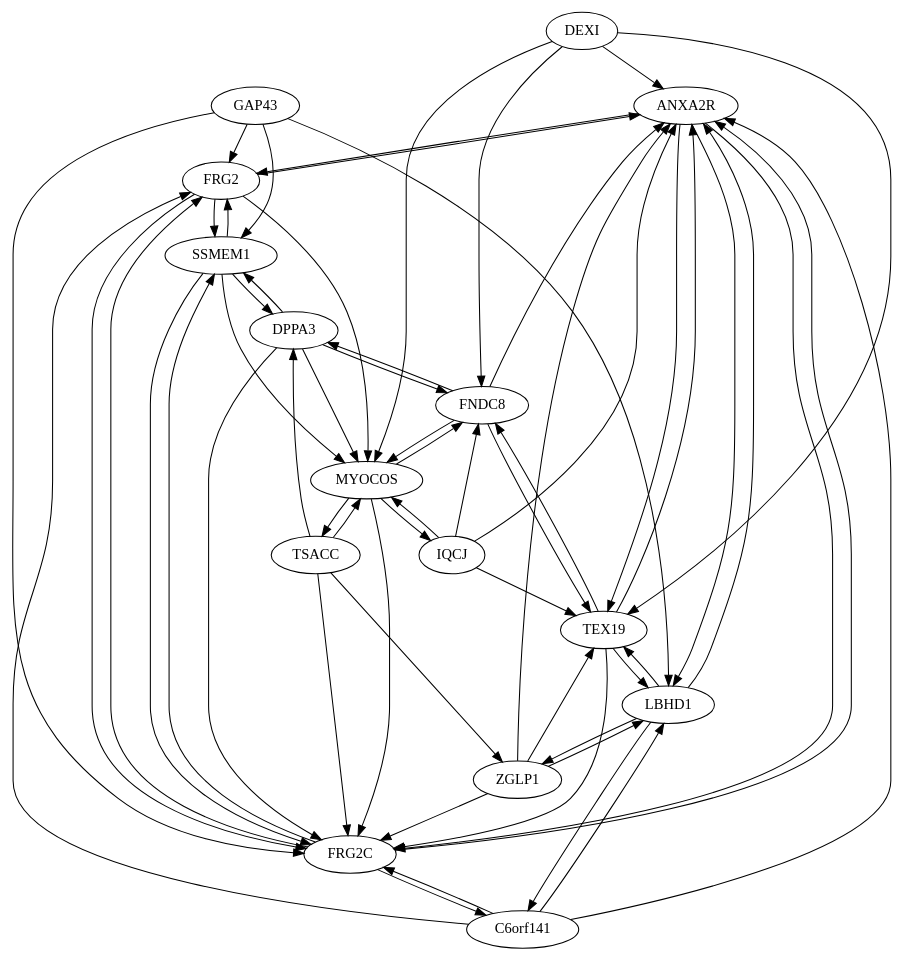
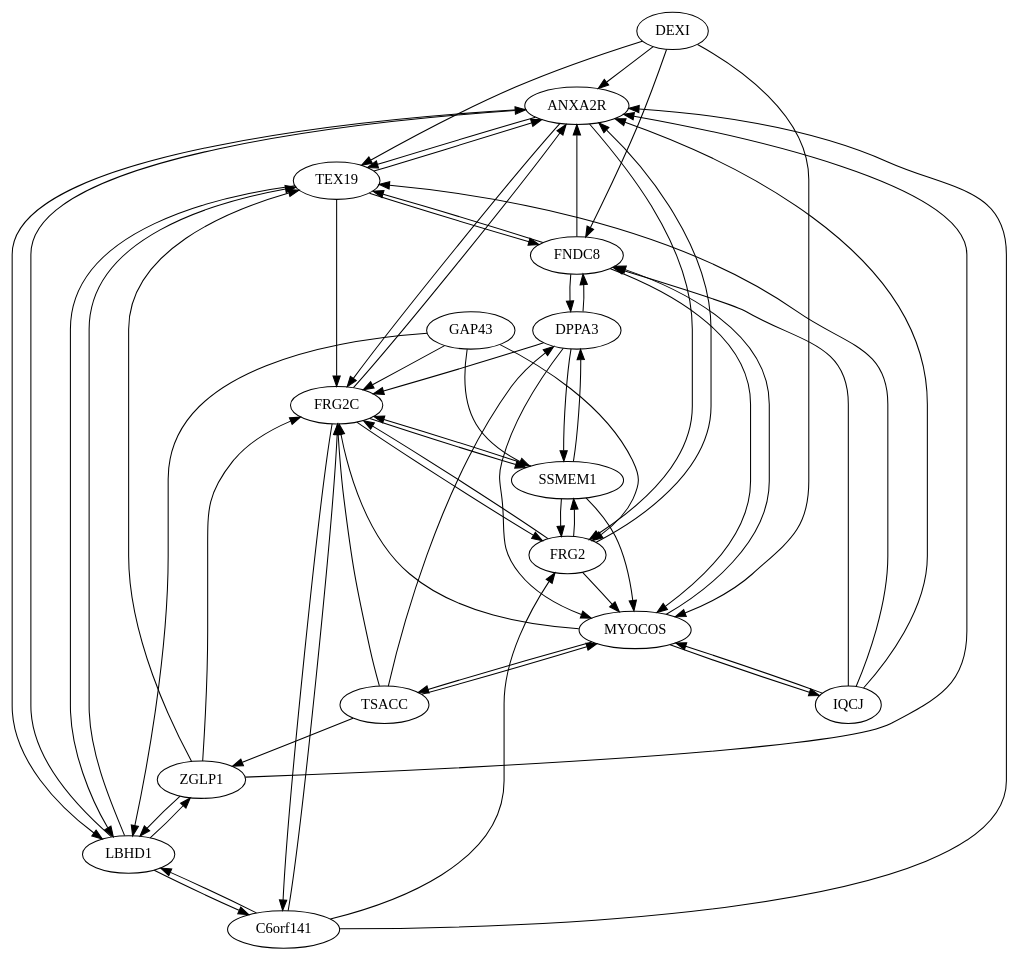
Before and after one commit to leonfrench/map-of-proteins-data: the diagram in v6/graphs/333.graph.dot, drawn with Graphviz. The commit also changed 457 other files, not shown here.

```diff
--- a/v6/graphs/333.graph.dot
+++ b/v6/graphs/333.graph.dot
@@ -1,77 +1,77 @@
 digraph G {
-"ANXA2R" ["l"="13.517591,16.608795"]
-"C6orf141" ["l"="13.585279,17.086372"]
-"DEXI" ["l"="13.363015,17.940077"]
-"DPPA3" ["l"="13.599539,17.181648"]
-"FNDC8" ["l"="13.321609,16.216616"]
-"FRG2" ["l"="13.442015,16.804522"]
-"FRG2C" ["l"="13.118287,16.434807"]
-"GAP43" ["l"="13.333217,16.717863"]
-"IQCJ" ["l"="13.362025,16.640867"]
-"LBHD1" ["l"="13.355246,17.100718"]
-"MYOCOS" ["l"="14.317010,17.510006"]
-"SSMEM1" ["l"="13.208710,17.823507"]
-"TEX19" ["l"="13.443083,15.903210"]
-"TSACC" ["l"="13.430565,17.486998"]
-"ZGLP1" ["l"="13.689037,16.823856"]
-"ANXA2R" -> "TEX19"
-"ANXA2R" -> "FRG2"
-"ANXA2R" -> "FRG2C"
-"ANXA2R" -> "LBHD1"
-"C6orf141" -> "ANXA2R"
-"C6orf141" -> "LBHD1"
-"C6orf141" -> "FRG2C"
-"C6orf141" -> "FRG2"
-"DEXI" -> "TEX19"
-"DEXI" -> "MYOCOS"
-"DEXI" -> "ANXA2R"
-"DEXI" -> "FNDC8"
-"DPPA3" -> "FNDC8"
-"DPPA3" -> "FRG2C"
-"DPPA3" -> "SSMEM1"
-"DPPA3" -> "MYOCOS"
-"FNDC8" -> "TEX19"
-"FNDC8" -> "DPPA3"
-"FNDC8" -> "MYOCOS"
-"FNDC8" -> "ANXA2R"
-"FRG2" -> "FRG2C"
-"FRG2" -> "ANXA2R"
-"FRG2" -> "SSMEM1"
-"FRG2" -> "MYOCOS"
-"FRG2C" -> "FRG2"
-"FRG2C" -> "ANXA2R"
-"FRG2C" -> "SSMEM1"
-"FRG2C" -> "C6orf141"
-"GAP43" -> "FRG2C"
-"GAP43" -> "FRG2"
-"GAP43" -> "SSMEM1"
-"GAP43" -> "LBHD1"
-"IQCJ" -> "MYOCOS"
-"IQCJ" -> "FNDC8"
-"IQCJ" -> "ANXA2R"
-"IQCJ" -> "TEX19"
-"LBHD1" -> "ANXA2R"
-"LBHD1" -> "TEX19"
-"LBHD1" -> "C6orf141"
-"LBHD1" -> "ZGLP1"
-"MYOCOS" -> "FRG2C"
-"MYOCOS" -> "IQCJ"
-"MYOCOS" -> "TSACC"
-"MYOCOS" -> "FNDC8"
-"SSMEM1" -> "FRG2C"
-"SSMEM1" -> "FRG2"
-"SSMEM1" -> "DPPA3"
-"SSMEM1" -> "MYOCOS"
-"TEX19" -> "ANXA2R"
-"TEX19" -> "FNDC8"
-"TEX19" -> "LBHD1"
-"TEX19" -> "FRG2C"
-"TSACC" -> "MYOCOS"
-"TSACC" -> "FRG2C"
-"TSACC" -> "ZGLP1"
-"TSACC" -> "DPPA3"
-"ZGLP1" -> "ANXA2R"
-"ZGLP1" -> "LBHD1"
-"ZGLP1" -> "TEX19"
-"ZGLP1" -> "FRG2C"
+"ANXA2R" -> "TEX19";
+"ANXA2R" -> "FRG2";
+"ANXA2R" -> "FRG2C";
+"ANXA2R" -> "LBHD1";
+"C6orf141" -> "ANXA2R";
+"C6orf141" -> "LBHD1";
+"C6orf141" -> "FRG2C";
+"C6orf141" -> "FRG2";
+"DEXI" -> "TEX19";
+"DEXI" -> "MYOCOS";
+"DEXI" -> "ANXA2R";
+"DEXI" -> "FNDC8";
+"DPPA3" -> "FNDC8";
+"DPPA3" -> "FRG2C";
+"DPPA3" -> "SSMEM1";
+"DPPA3" -> "MYOCOS";
+"FNDC8" -> "TEX19";
+"FNDC8" -> "DPPA3";
+"FNDC8" -> "MYOCOS";
+"FNDC8" -> "ANXA2R";
+"FRG2" -> "FRG2C";
+"FRG2" -> "ANXA2R";
+"FRG2" -> "SSMEM1";
+"FRG2" -> "MYOCOS";
+"FRG2C" -> "FRG2";
+"FRG2C" -> "ANXA2R";
+"FRG2C" -> "SSMEM1";
+"FRG2C" -> "C6orf141";
+"GAP43" -> "FRG2C";
+"GAP43" -> "FRG2";
+"GAP43" -> "SSMEM1";
+"GAP43" -> "LBHD1";
+"IQCJ" -> "MYOCOS";
+"IQCJ" -> "FNDC8";
+"IQCJ" -> "ANXA2R";
+"IQCJ" -> "TEX19";
+"LBHD1" -> "ANXA2R";
+"LBHD1" -> "TEX19";
+"LBHD1" -> "C6orf141";
+"LBHD1" -> "ZGLP1";
+"MYOCOS" -> "FRG2C";
+"MYOCOS" -> "IQCJ";
+"MYOCOS" -> "TSACC";
+"MYOCOS" -> "FNDC8";
+"SSMEM1" -> "FRG2C";
+"SSMEM1" -> "FRG2";
+"SSMEM1" -> "DPPA3";
+"SSMEM1" -> "MYOCOS";
+"TEX19" -> "ANXA2R";
+"TEX19" -> "FNDC8";
+"TEX19" -> "LBHD1";
+"TEX19" -> "FRG2C";
+"TSACC" -> "MYOCOS";
+"TSACC" -> "FRG2C";
+"TSACC" -> "ZGLP1";
+"TSACC" -> "DPPA3";
+"ZGLP1" -> "ANXA2R";
+"ZGLP1" -> "LBHD1";
+"ZGLP1" -> "TEX19";
+"ZGLP1" -> "FRG2C";
+"ANXA2R" ["l"="13.517591,16.608795"];
+"C6orf141" ["l"="13.585279,17.086372"];
+"DEXI" ["l"="13.363015,17.940077"];
+"DPPA3" ["l"="13.599539,17.181648"];
+"FNDC8" ["l"="13.321609,16.216616"];
+"FRG2" ["l"="13.442015,16.804522"];
+"FRG2C" ["l"="13.118287,16.434807"];
+"GAP43" ["l"="13.333217,16.717863"];
+"IQCJ" ["l"="13.362025,16.640867"];
+"LBHD1" ["l"="13.355246,17.100718"];
+"MYOCOS" ["l"="14.317010,17.510006"];
+"SSMEM1" ["l"="13.208710,17.823507"];
+"TEX19" ["l"="13.443083,15.903210"];
+"TSACC" ["l"="13.430565,17.486998"];
+"ZGLP1" ["l"="13.689037,16.823856"];
 }
```
